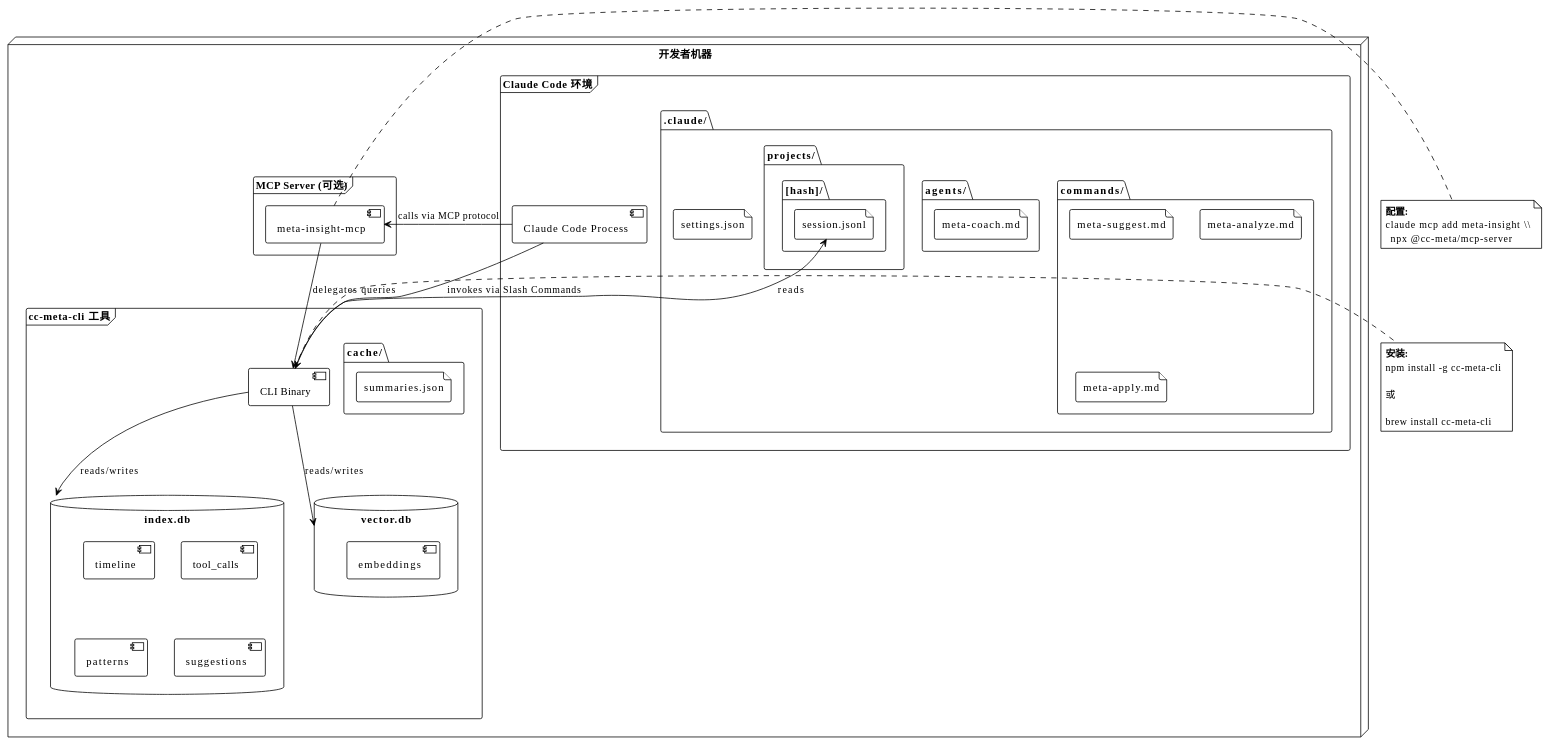
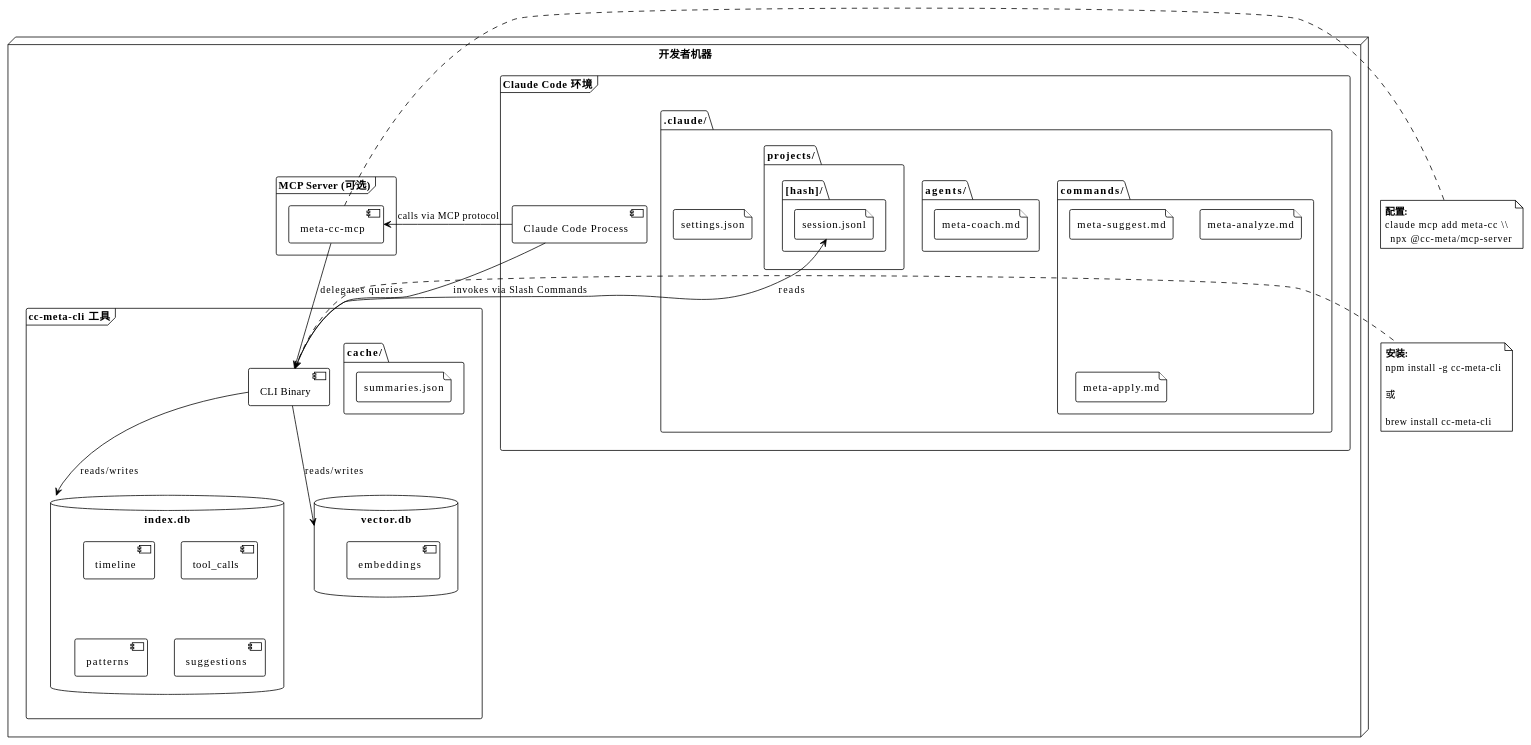
One commit to yaleh/meta-cc changed diagram 12 of 20 in docs/proposals/candidates/proposal_2.md. Above: the diagram before and after it, drawn with PlantUML. The commit also changed other lines of this file and 23 other files, not shown here.

First line of the commit message:
refactor: rename meta-insight to meta-cc in docs and agents

````diff
--- a/docs/proposals/candidates/proposal_2.md
+++ b/docs/proposals/candidates/proposal_2.md
@@ -1171,71 +1171,71 @@
 ```plantuml
 @startuml
 !theme plain
 
 node "开发者机器" {
   
   frame "Claude Code 环境" {
     component [Claude Code Process] as CC
     folder ".claude/" {
       file "settings.json"
       folder "commands/" {
         file "meta-suggest.md"
         file "meta-analyze.md"
         file "meta-apply.md"
       }
       folder "agents/" {
         file "meta-coach.md"
       }
       folder "projects/" {
         folder "[hash]/" {
           file "session.jsonl"
         }
       }
     }
   }
   
   frame "cc-meta-cli 工具" {
     component [CLI Binary] as CLI
     database "index.db" {
       [timeline]
       [tool_calls]
       [patterns]
       [suggestions]
     }
     database "vector.db" {
       [embeddings]
     }
     folder "cache/" {
       file "summaries.json"
     }
   }
   
   frame "MCP Server (可选)" {
-    component [meta-insight-mcp] as MCP
+    component [meta-cc-mcp] as MCP
   }
 }
 
 CC --> CLI : invokes via Slash Commands
 CC --> MCP : calls via MCP protocol
 MCP --> CLI : delegates queries
 CLI --> "session.jsonl" : reads
 CLI --> "index.db" : reads/writes
 CLI --> "vector.db" : reads/writes
 
 note right of CLI
   **安装:**
   npm install -g cc-meta-cli
   
   或
   
   brew install cc-meta-cli
 end note
 
 note right of MCP
   **配置:**
-  claude mcp add meta-insight \\
+  claude mcp add meta-cc \\
     npx @cc-meta/mcp-server
 end note
 
 @enduml
 ```
````
